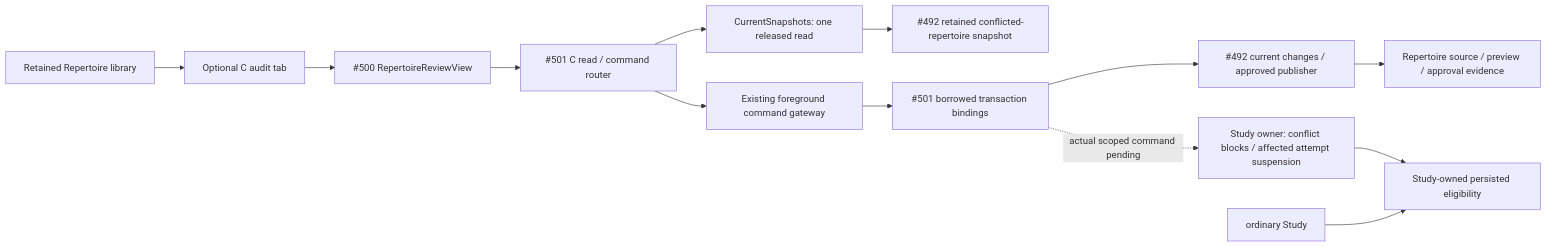
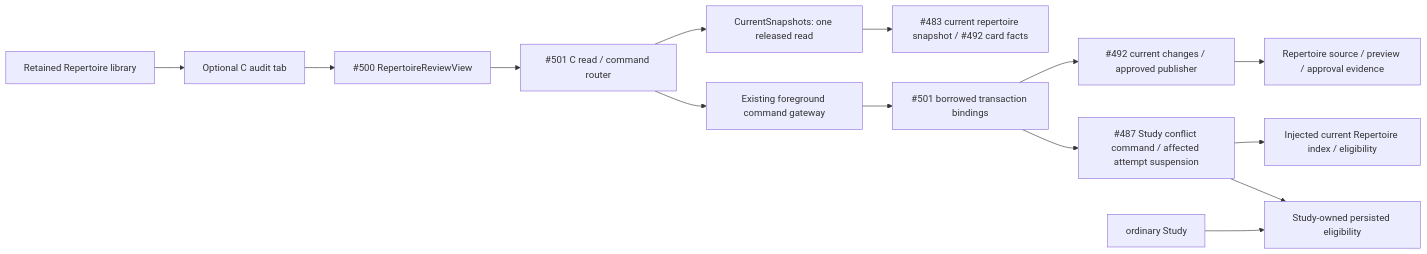
The second of 2 diagrams in backend/app/product_composition/README.md (aaweaver-actuary/tempo), drawn with Mermaid before and after one commit. The commit also changed other lines of this file and 5 other files, not shown here.

Commit message:
feat(repertoire): connect complete canonical previews and current conflict controls

````diff
--- a/backend/app/product_composition/README.md
+++ b/backend/app/product_composition/README.md
@@ -227,15 +233,16 @@
 ```mermaid
 flowchart LR
   Library["Retained Repertoire library"] --> Mount["Optional C audit tab"]
   Mount --> View["#500 RepertoireReviewView"]
   View --> HTTP["#501 C read / command router"]
   HTTP --> Read["CurrentSnapshots: one released read"]
-  Read --> Snapshot["#492 retained conflicted-repertoire snapshot"]
+  Read --> Snapshot["#483 current repertoire snapshot / #492 card facts"]
   HTTP --> Gateway["Existing foreground command gateway"]
   Gateway --> Binding["#501 borrowed transaction bindings"]
   Binding --> Changes["#492 current changes / approved publisher"]
-  Binding -. "actual scoped command pending" .-> Blocks["Study owner: conflict blocks / affected attempt suspension"]
+  Binding --> Blocks["#487 Study conflict command / affected attempt suspension"]
+  Blocks --> Authority["Injected current Repertoire index / eligibility"]
   Blocks --> Local["Study-owned persisted eligibility"]
   Study["ordinary Study"] --> Local
   Changes --> Content["Repertoire source / preview / approval evidence"]
 ```
````
